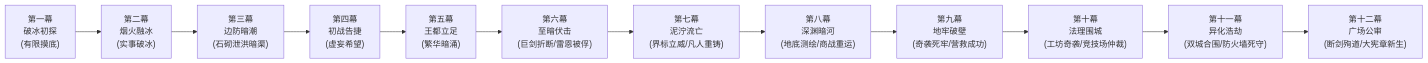
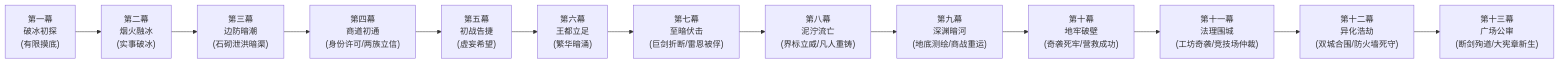
One commit to soranokiseki1437/eldoria-worldbook changed the second of 2 diagrams in 方案/第二部/主线与世界扩充方案/01_宏篇主线剧情总大纲与分幕导航.md. Above: the diagram before and after it, drawn with Mermaid. The commit also changed other lines of this file and 157 other files, not shown here.

````diff
--- a/方案/第二部/主线与世界扩充方案/01_宏篇主线剧情总大纲与分幕导航.md
+++ b/方案/第二部/主线与世界扩充方案/01_宏篇主线剧情总大纲与分幕导航.md
@@ -187,14 +201,15 @@
 ```mermaid
 graph LR
     P1["第一幕<br/>破冰初探<br/>(有限摸底)"] --> P2["第二幕<br/>烟火融冰<br/>(实事破冰)"]
     P2 --> P3["第三幕<br/>边防暗潮<br/>(石砌泄洪暗渠)"]
-    P3 --> P4["第四幕<br/>初战告捷<br/>(虚妄希望)"]
-    P4 --> P5["第五幕<br/>王都立足<br/>(繁华暗涌)"]
-    P5 --> P6["第六幕<br/>至暗伏击<br/>(巨剑折断/雷恩被俘)"]
-    P6 --> P7["第七幕<br/>泥泞流亡<br/>(界标立威/凡人重铸)"]
-    P7 --> P8["第八幕<br/>深渊暗河<br/>(地底测绘/商战重运)"]
-    P8 --> P9["第九幕<br/>地牢破壁<br/>(奇袭死牢/营救成功)"]
-    P9 --> P10["第十幕<br/>法理围城<br/>(工坊奇袭/竞技场仲裁)"]
-    P10 --> P11["第十一幕<br/>异化浩劫<br/>(双城合围/防火墙死守)"]
-    P11 --> P12["第十二幕<br/>广场公审<br/>(断剑殉道/大宪章新生)"]
+    P3 --> P4["第四幕<br/>商道初通<br/>(身份许可/两族立信)"]
+    P4 --> P5["第五幕<br/>初战告捷<br/>(虚妄希望)"]
+    P5 --> P6["第六幕<br/>王都立足<br/>(繁华暗涌)"]
+    P6 --> P7["第七幕<br/>至暗伏击<br/>(巨剑折断/雷恩被俘)"]
+    P7 --> P8["第八幕<br/>泥泞流亡<br/>(界标立威/凡人重铸)"]
+    P8 --> P9["第九幕<br/>深渊暗河<br/>(地底测绘/商战重运)"]
+    P9 --> P10["第十幕<br/>地牢破壁<br/>(奇袭死牢/营救成功)"]
+    P10 --> P11["第十一幕<br/>法理围城<br/>(工坊奇袭/竞技场仲裁)"]
+    P11 --> P12["第十二幕<br/>异化浩劫<br/>(双城合围/防火墙死守)"]
+    P12 --> P13["第十三幕<br/>广场公审<br/>(断剑殉道/大宪章新生)"]
 ```
````
